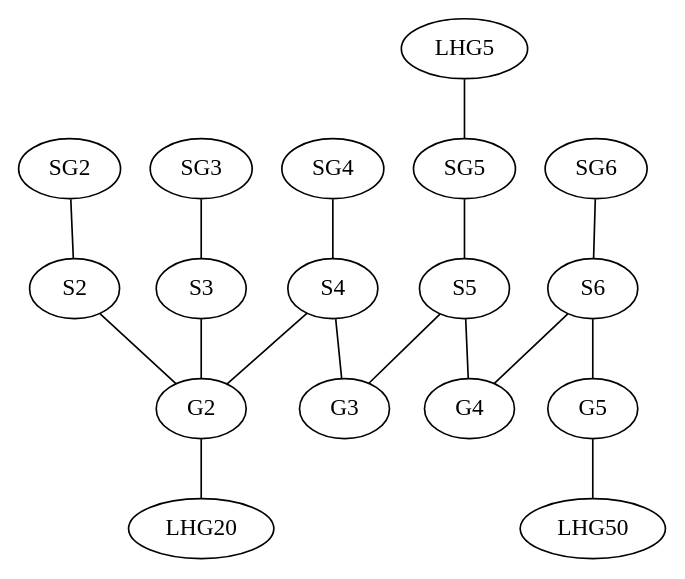
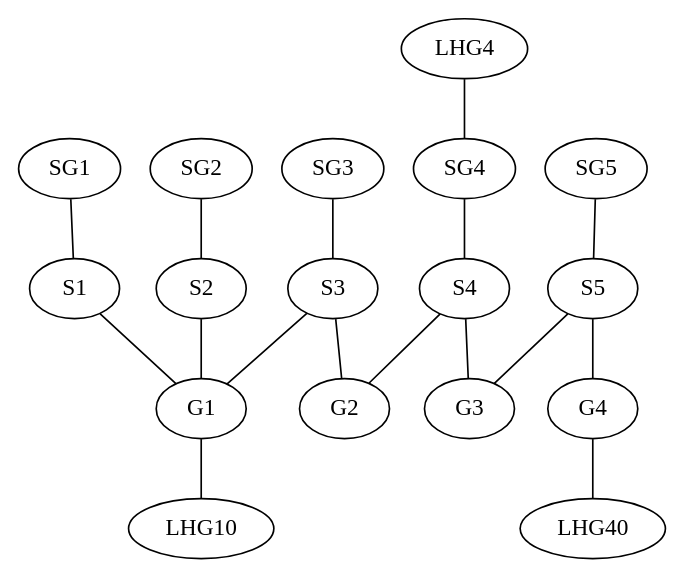
The diagram in report/fig/labgroup/strict_proof_continue.dot (water/resources), drawn with Graphviz before and after one commit. The commit also changed 3 other files, not shown here.

```diff
--- a/report/fig/labgroup/strict_proof_continue.dot
+++ b/report/fig/labgroup/strict_proof_continue.dot
@@ -1,26 +1,26 @@
 graph G {
   /* Startgroups and it's repos */
+  SG1 -- S1
   SG2 -- S2
   SG3 -- S3
   SG4 -- S4
+  LHG4 -- SG4
   SG5 -- S5
-  LHG5 -- SG5
-  SG6 -- S6
 
   /* Labgroups */
-  S2 -- G2
+  S1 -- G1
+  S2 -- G1
+  S3 -- G1
+
   S3 -- G2
   S4 -- G2
 
   S4 -- G3
   S5 -- G3
 
   S5 -- G4
-  S6 -- G4
-
-  S6 -- G5
 
   /* Repos */
-  G2 -- LHG20
-  G5 -- LHG50
+  G1 -- LHG10
+  G4 -- LHG40
 }
```
